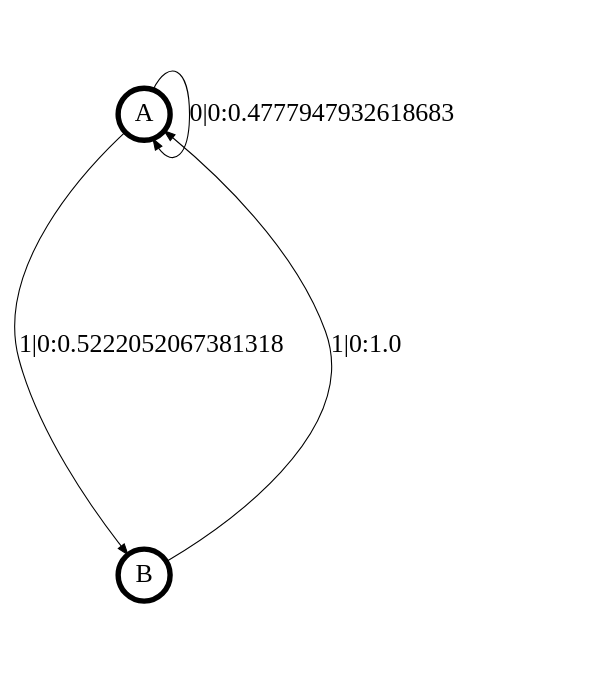
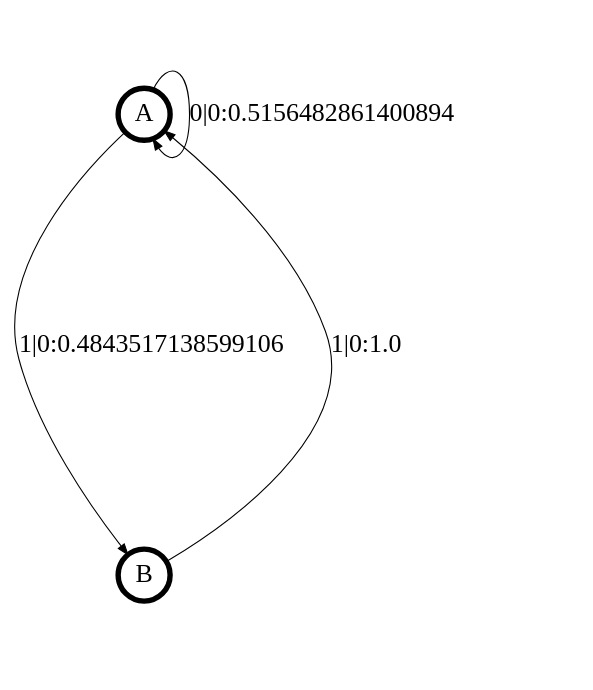
The diagram in transCSSR_results/+even_inf.dot (ddarmon/transCSSR), drawn with Graphviz before and after one commit. The commit also changed 4 other files, not shown here.

```diff
--- a/transCSSR_results/+even_inf.dot
+++ b/transCSSR_results/+even_inf.dot
@@ -1,15 +1,15 @@
 digraph  {
 size = "6,8.5";
 ratio = "fill";
 node
 [shape = circle];
 node [fontsize = 24];
 node [penwidth = 5];
 edge [fontsize = 24];
 node [fontname = "CMU Serif Roman"];
 graph [fontname = "CMU Serif Roman"];
 edge [fontname = "CMU Serif Roman"];
-A -> A [label = "0|0:0.4777947932618683\l"];
-A -> B [label = "1|0:0.5222052067381318\l"];
+A -> A [label = "0|0:0.5156482861400894\l"];
+A -> B [label = "1|0:0.4843517138599106\l"];
 B -> A [label = "1|0:1.0\l"];
 }
```
